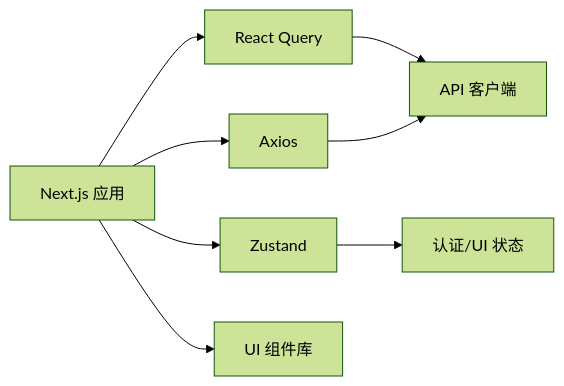
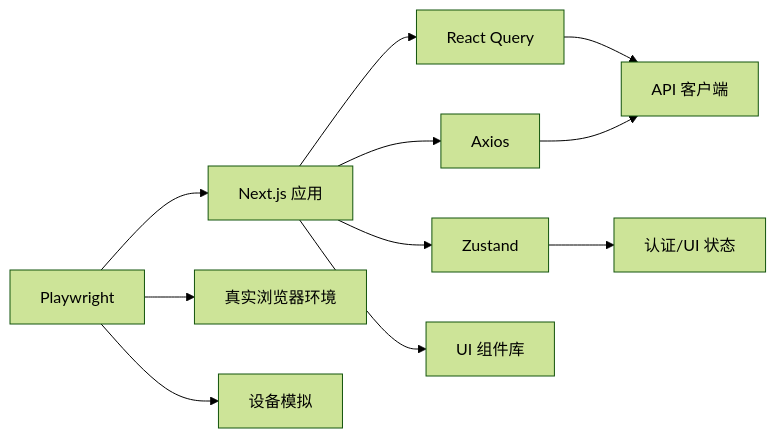
One commit to gujialind/InvestRing changed the fifth of 5 diagrams in .qoder/repowiki/zh/content/开发指南/测试策略/前端测试.md. Above: the diagram before and after it, drawn with Mermaid (forest theme). The commit also changed other lines of this file and 53 other files, not shown here.

````diff
--- a/.qoder/repowiki/zh/content/开发指南/测试策略/前端测试.md
+++ b/.qoder/repowiki/zh/content/开发指南/测试策略/前端测试.md
@@ -193,10 +308,13 @@
 ```mermaid
 graph LR
 A["Next.js 应用"] --> B["React Query"]
 A --> C["Zustand"]
 A --> D["Axios"]
 A --> E["UI 组件库"]
 B --> F["API 客户端"]
 C --> G["认证/UI 状态"]
 D --> F
+H["Playwright"] --> A
+H --> I["真实浏览器环境"]
+H --> J["设备模拟"]
 ```
````
